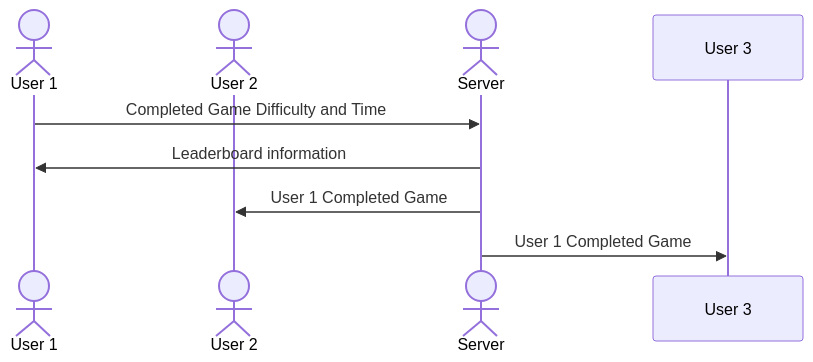
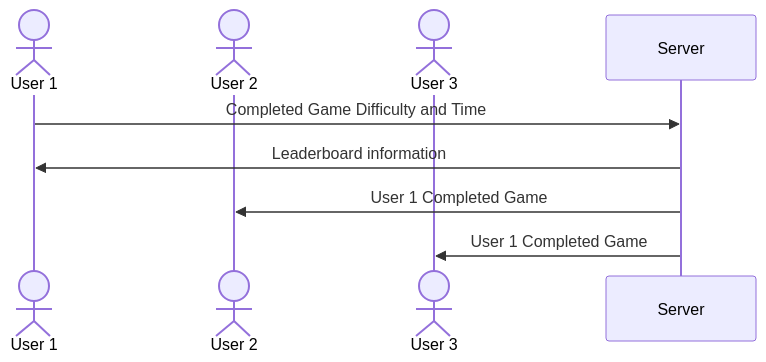
One commit to Japow05/startup changed the diagram in README.md. Above: the diagram before and after it, drawn with Mermaid.

Commit message:
Fixed small formatting error in the sequence diagram

````diff
--- a/README.md
+++ b/README.md
@@ -20,10 +20,10 @@
 ```mermaid
 sequenceDiagram
     actor User 1
     actor User 2
-    actor Server
+    actor User 3
     User 1->>Server: Completed Game Difficulty and Time
     Server->>User 1:Leaderboard information
     Server->>User 2:User 1 Completed Game
     Server->>User 3:User 1 Completed Game
 ```
````
